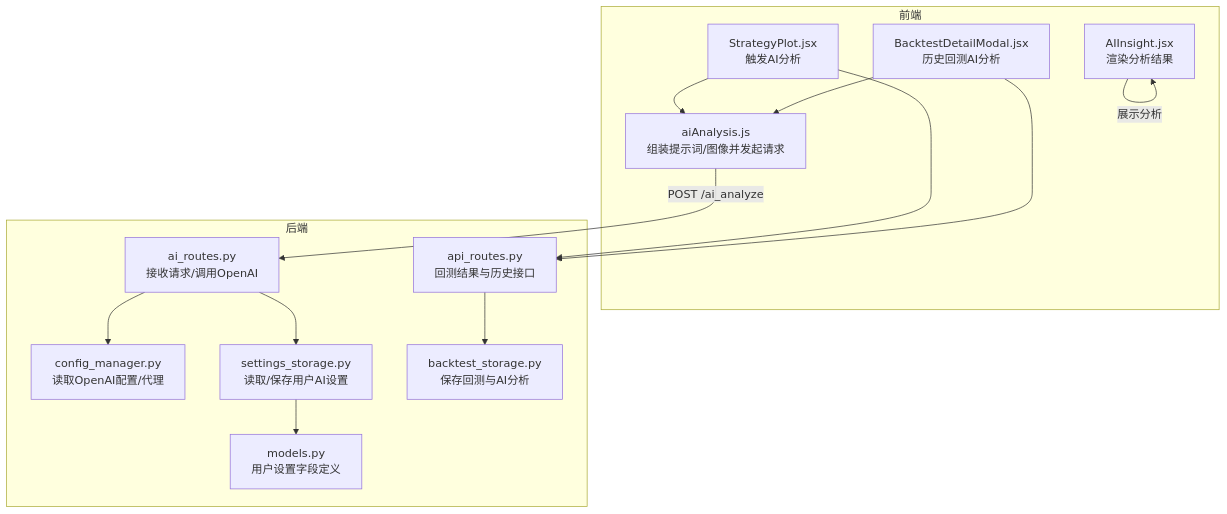
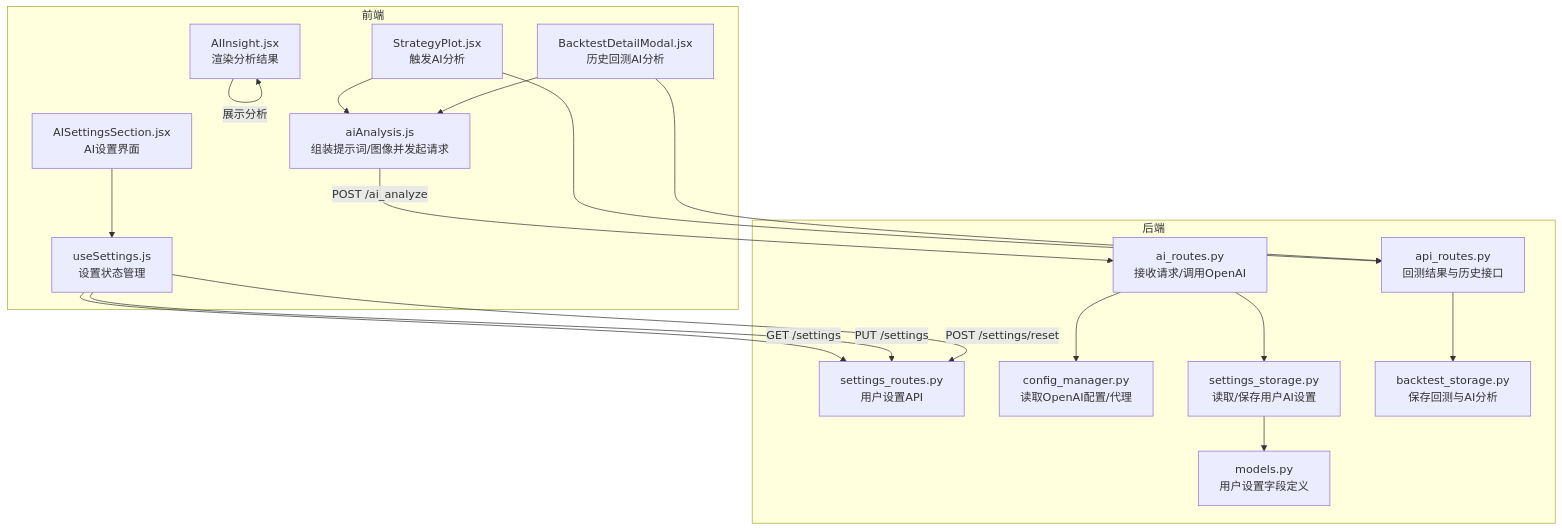
The first of 9 diagrams in .qoder/repowiki/zh/content/核心功能详解/AI智能分析.md (faryhuo/backtrader), drawn with Mermaid before and after one commit. The commit also changed other lines of this file and 8 other files, not shown here.

````diff
--- a/.qoder/repowiki/zh/content/核心功能详解/AI智能分析.md
+++ b/.qoder/repowiki/zh/content/核心功能详解/AI智能分析.md
@@ -49,27 +62,34 @@
 ```mermaid
 graph TB
 subgraph "前端"
 FE_AI["aiAnalysis.js<br/>组装提示词/图像并发起请求"]
 FE_Insight["AIInsight.jsx<br/>渲染分析结果"]
 FE_Plot["StrategyPlot.jsx<br/>触发AI分析"]
 FE_History["BacktestDetailModal.jsx<br/>历史回测AI分析"]
+FE_Settings["AISettingsSection.jsx<br/>AI设置界面"]
+FE_Hook["useSettings.js<br/>设置状态管理"]
 end
 subgraph "后端"
 BE_Router["ai_routes.py<br/>接收请求/调用OpenAI"]
+BE_Settings_Router["settings_routes.py<br/>用户设置API"]
 BE_Config["config_manager.py<br/>读取OpenAI配置/代理"]
 BE_DB_Set["settings_storage.py<br/>读取/保存用户AI设置"]
 BE_DB_Models["models.py<br/>用户设置字段定义"]
 BE_DB_Backtest["backtest_storage.py<br/>保存回测与AI分析"]
 BE_API["api_routes.py<br/>回测结果与历史接口"]
 end
 FE_AI --> |"POST /ai_analyze"| BE_Router
 FE_Insight --> |"展示分析"| FE_Insight
 FE_Plot --> FE_AI
 FE_History --> FE_AI
+FE_Settings --> FE_Hook
+FE_Hook --> |"GET /settings"| BE_Settings_Router
+FE_Hook --> |"PUT /settings"| BE_Settings_Router
+FE_Hook --> |"POST /settings/reset"| BE_Settings_Router
 BE_Router --> BE_Config
 BE_Router --> BE_DB_Set
 BE_DB_Set --> BE_DB_Models
 FE_Plot --> BE_API
 FE_History --> BE_API
 BE_API --> BE_DB_Backtest
 ```
````
